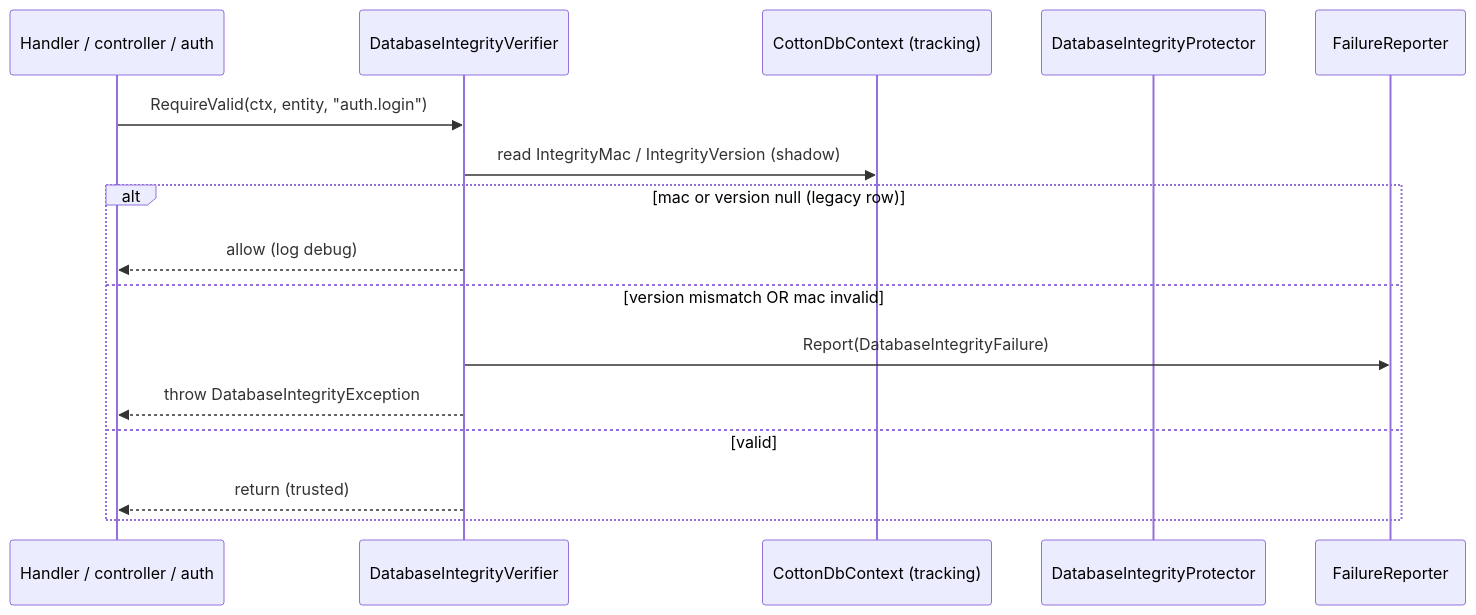
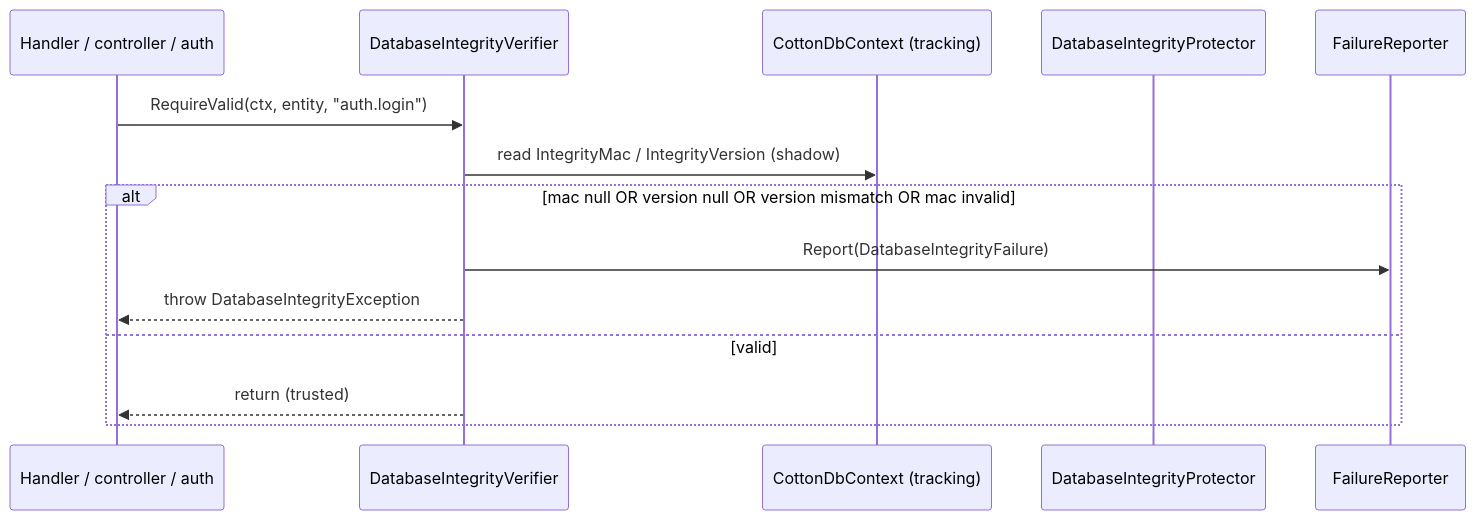
Before and after one commit to bvdcode/cotton: the third of 4 diagrams in docs/technical/20-database-integrity.md, drawn with Mermaid. The commit also changed other lines of this file and 50 other files, not shown here.

````diff
--- a/docs/technical/20-database-integrity.md
+++ b/docs/technical/20-database-integrity.md
@@ -238,18 +238,16 @@
 ```mermaid
 sequenceDiagram
     participant H as Handler / controller / auth
     participant V as DatabaseIntegrityVerifier
     participant Ctx as CottonDbContext (tracking)
     participant Prot as DatabaseIntegrityProtector
     participant FR as FailureReporter
     H->>V: RequireValid(ctx, entity, "auth.login")
     V->>Ctx: read IntegrityMac / IntegrityVersion (shadow)
-    alt mac or version null (legacy row)
-        V-->>H: allow (log debug)
-    else version mismatch OR mac invalid
+    alt mac null OR version null OR version mismatch OR mac invalid
         V->>FR: Report(DatabaseIntegrityFailure)
         V-->>H: throw DatabaseIntegrityException
     else valid
         V-->>H: return (trusted)
     end
 ```
````
